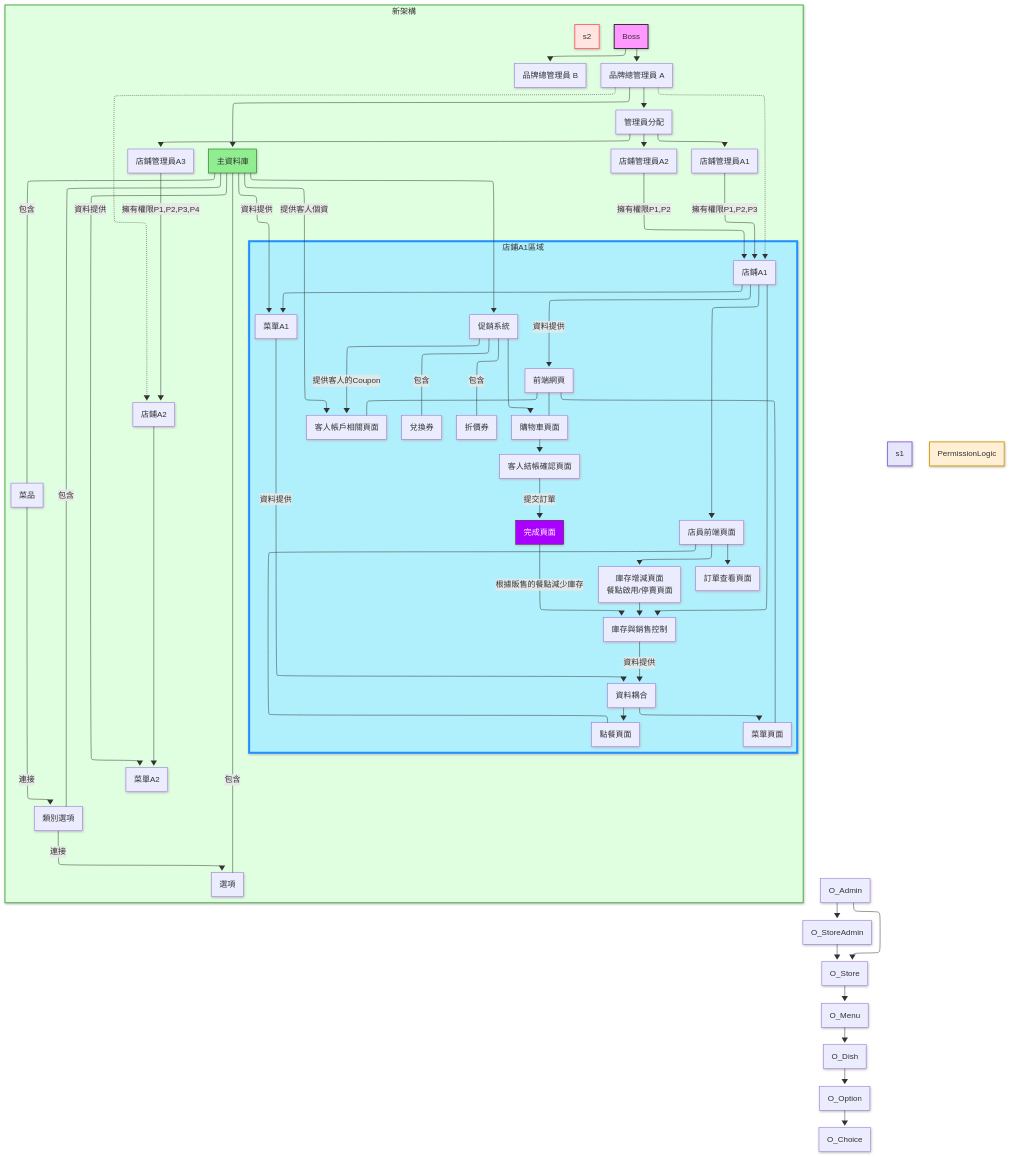
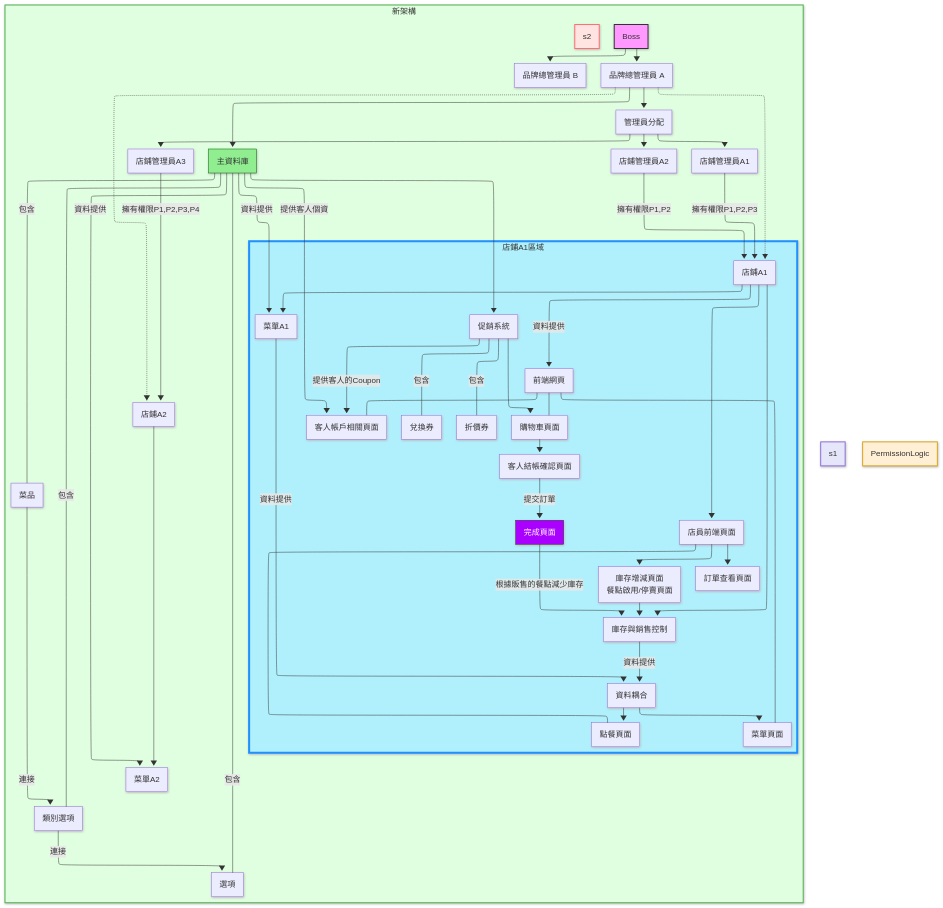
One commit to RabbirReaper/online-order-system changed the first of 3 diagrams in README.md. Above: the diagram before and after it, drawn with Mermaid.

Commit message:
移除程式流程圖中的不必要連線，簡化系統架構

```diff
--- a/README.md
+++ b/README.md
@@ -143,12 +143,6 @@
         n6["訂單查看頁面"]
         n7["庫存增減頁面<br>餐點啟用/停賣頁面"]
   end
-    O_Admin --> O_StoreAdmin & O_Store
-    O_StoreAdmin --> O_Store
-    O_Store --> O_Menu
-    O_Menu --> O_Dish
-    O_Dish --> O_Option
-    O_Option --> O_Choice
     Boss --> brand_CEO_A & brand_CEO_B
     brand_CEO_A --> brand_A_database & AdminAssignment
     brand_CEO_A -.-> StoreA1 & StoreA2
```
